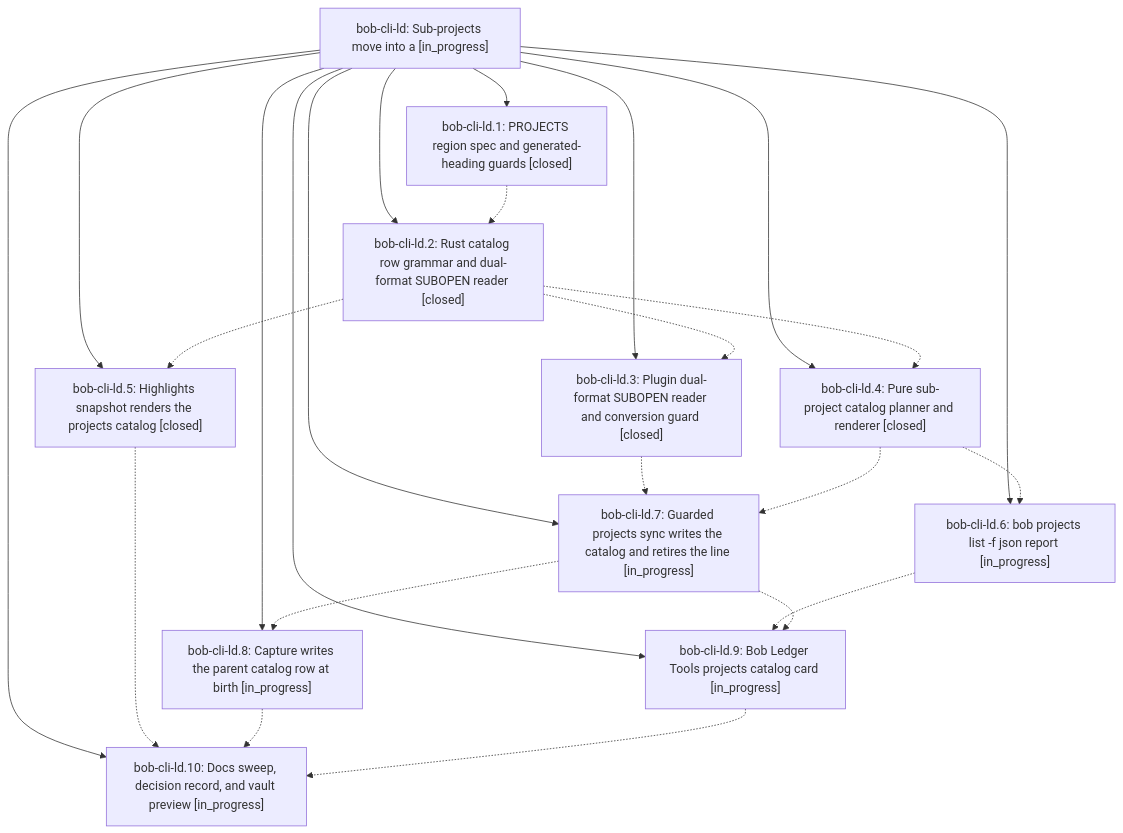
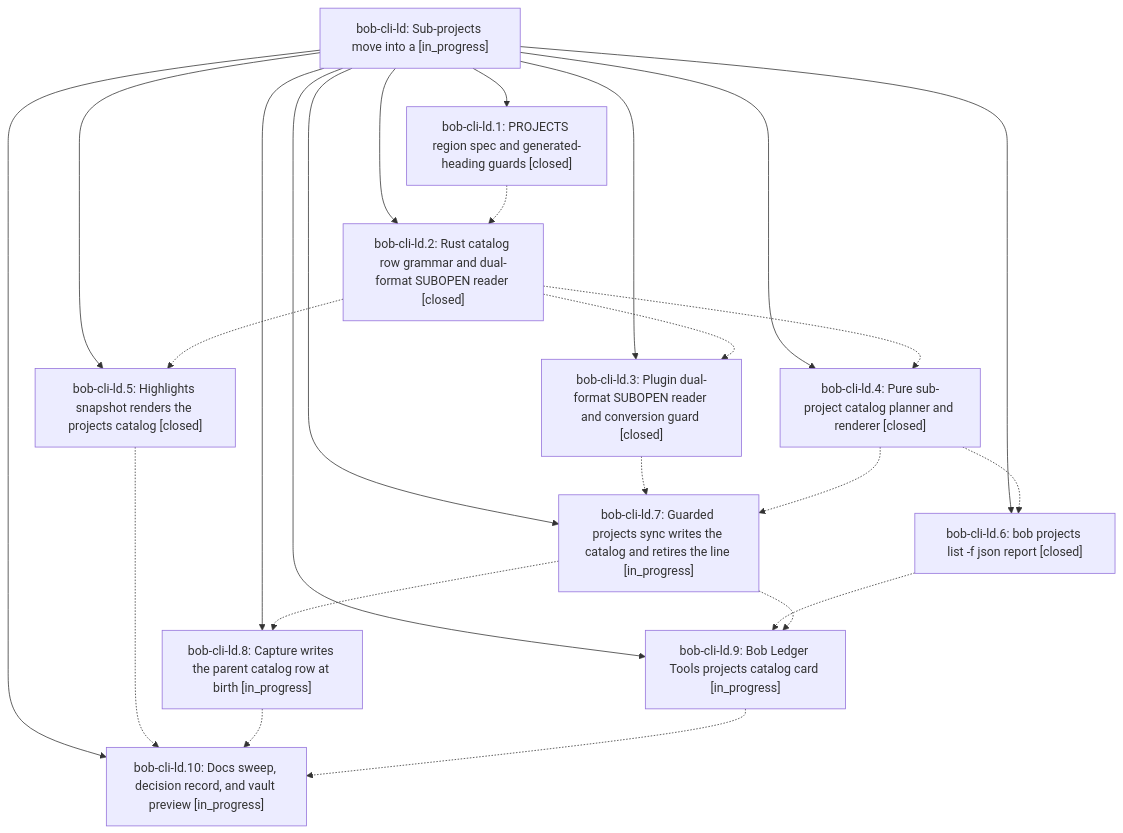
The diagram in pages/bob-cli-ld/README.md (bobs-org/bob-cli--beads), drawn with Mermaid before and after one commit. The commit also changed other lines of this file and 4 other files, not shown here.

First line of the commit message:
chore(beads): sync bead state and pages for bob-cli-ld

````diff
--- a/pages/bob-cli-ld/README.md
+++ b/pages/bob-cli-ld/README.md
@@ -45,37 +45,37 @@
 ```mermaid
 flowchart TD
     n0["bob-cli-ld: Sub-projects move into a [in_progress]"]
     n1["bob-cli-ld.1: PROJECTS region spec and generated-heading guards [closed]"]
     n2["bob-cli-ld.10: Docs sweep, decision record, and vault preview [in_progress]"]
     n3["bob-cli-ld.2: Rust catalog row grammar and dual-format SUBOPEN reader [closed]"]
     n4["bob-cli-ld.3: Plugin dual-format SUBOPEN reader and conversion guard [closed]"]
     n5["bob-cli-ld.4: Pure sub-project catalog planner and renderer [closed]"]
     n6["bob-cli-ld.5: Highlights snapshot renders the projects catalog [closed]"]
-    n7["bob-cli-ld.6: bob projects list -f json report [in_progress]"]
+    n7["bob-cli-ld.6: bob projects list -f json report [closed]"]
     n8["bob-cli-ld.7: Guarded projects sync writes the catalog and retires the line [in_progress]"]
     n9["bob-cli-ld.8: Capture writes the parent catalog row at birth [in_progress]"]
     n10["bob-cli-ld.9: Bob Ledger Tools projects catalog card [in_progress]"]
     n0 --> n1
     n0 --> n2
     n0 --> n3
     n0 --> n4
     n0 --> n5
     n0 --> n6
     n0 --> n7
     n0 --> n8
     n0 --> n9
     n0 --> n10
     n1 -.-> n3
     n3 -.-> n4
     n3 -.-> n5
     n3 -.-> n6
     n4 -.-> n8
     n5 -.-> n7
     n5 -.-> n8
     n6 -.-> n2
     n7 -.-> n10
     n8 -.-> n9
     n8 -.-> n10
     n9 -.-> n2
     n10 -.-> n2
 ```
````
